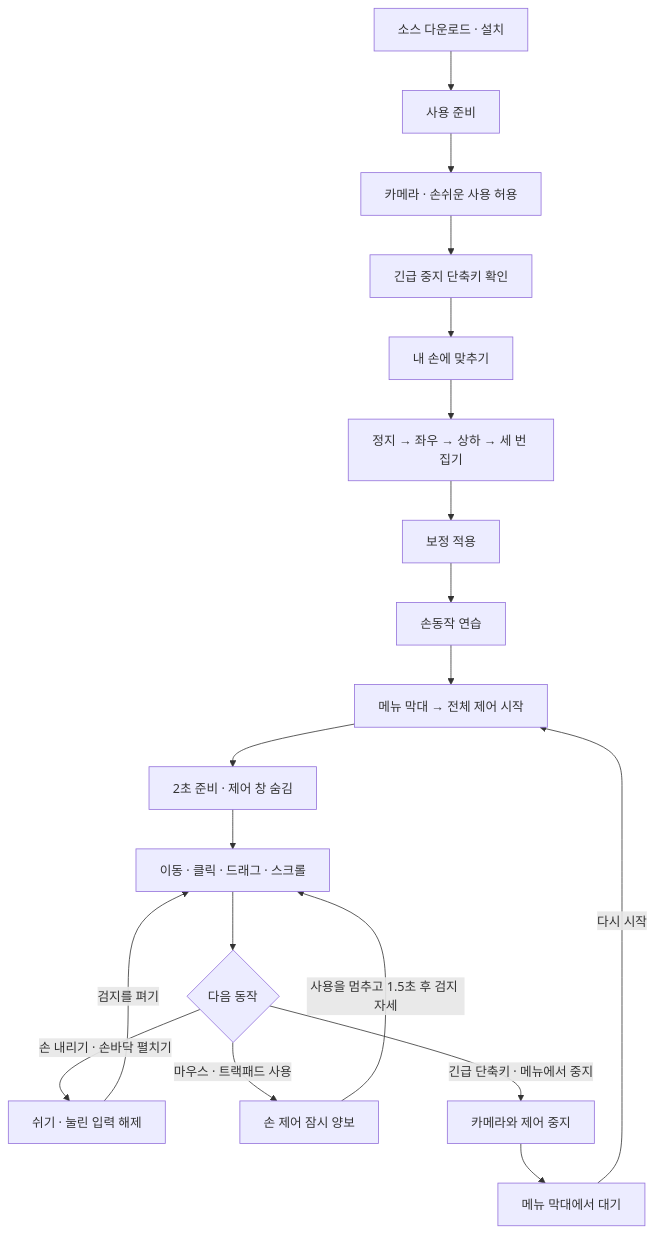
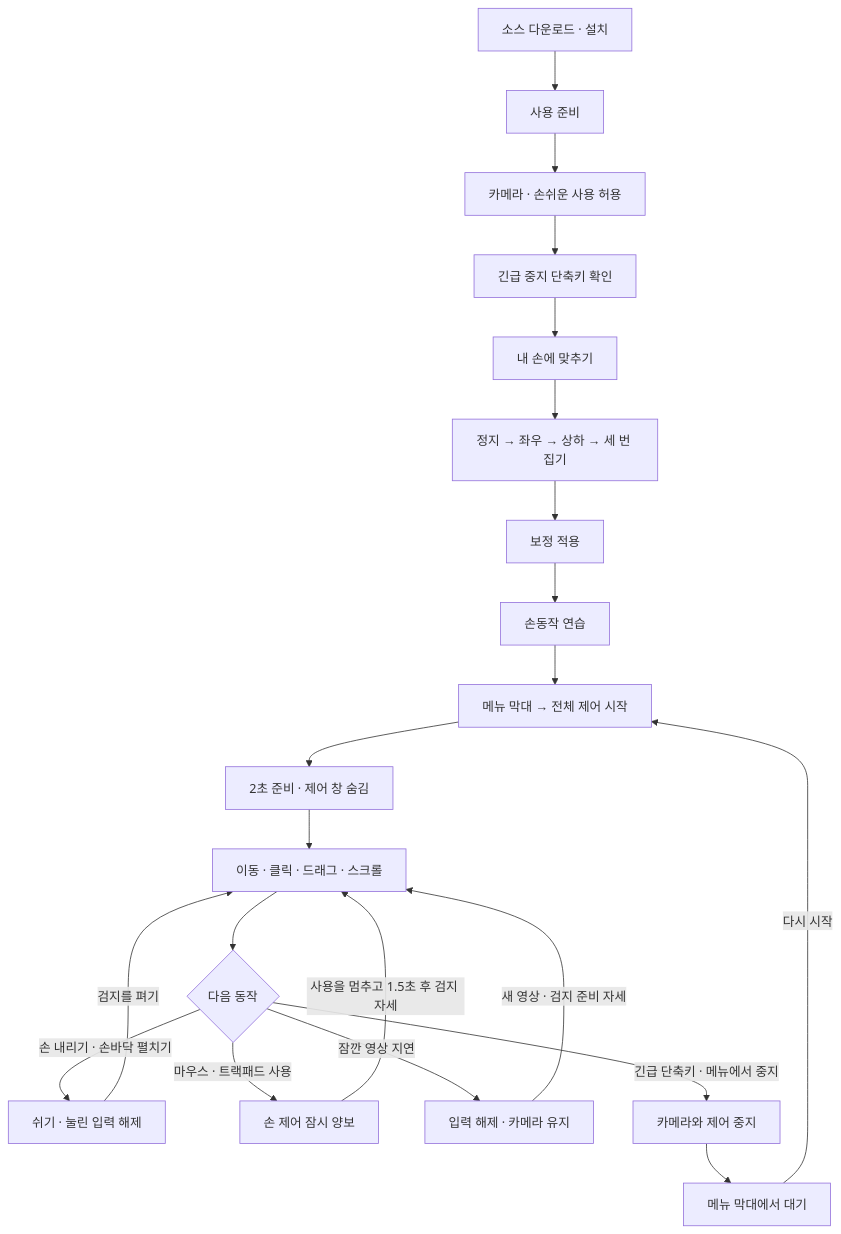
Before and after one commit to dusen0528/AirTouch: the diagram in README.md, drawn with Mermaid. The commit also changed other lines of this file and 8 other files, not shown here.

````diff
--- a/README.md
+++ b/README.md
@@ -130,21 +130,23 @@
 ```mermaid
 flowchart TD
     A[소스 다운로드 · 설치] --> B[사용 준비]
     B --> C[카메라 · 손쉬운 사용 허용]
     C --> D[긴급 중지 단축키 확인]
     D --> E[내 손에 맞추기]
     E --> E1[정지 → 좌우 → 상하 → 세 번 집기]
     E1 --> E2[보정 적용]
     E2 --> F[손동작 연습]
     F --> G[메뉴 막대 → 전체 제어 시작]
     G --> H[2초 준비 · 제어 창 숨김]
     H --> I[이동 · 클릭 · 드래그 · 스크롤]
     I --> J{다음 동작}
     J -->|손 내리기 · 손바닥 펼치기| K[쉬기 · 눌린 입력 해제]
     K -->|검지를 펴기| I
     J -->|마우스 · 트랙패드 사용| L[손 제어 잠시 양보]
     L -->|사용을 멈추고 1.5초 후 검지 자세| I
+    J -->|잠깐 영상 지연| O[입력 해제 · 카메라 유지]
+    O -->|새 영상 · 검지 준비 자세| I
     J -->|긴급 단축키 · 메뉴에서 중지| M[카메라와 제어 중지]
     M --> N[메뉴 막대에서 대기]
     N -->|다시 시작| G
 ```
````
